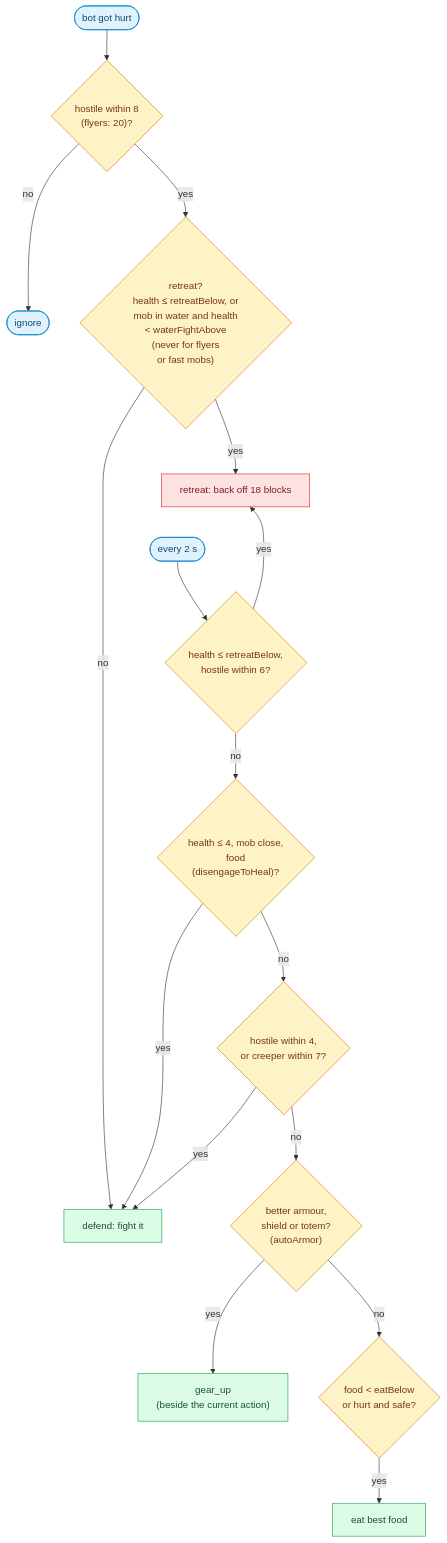
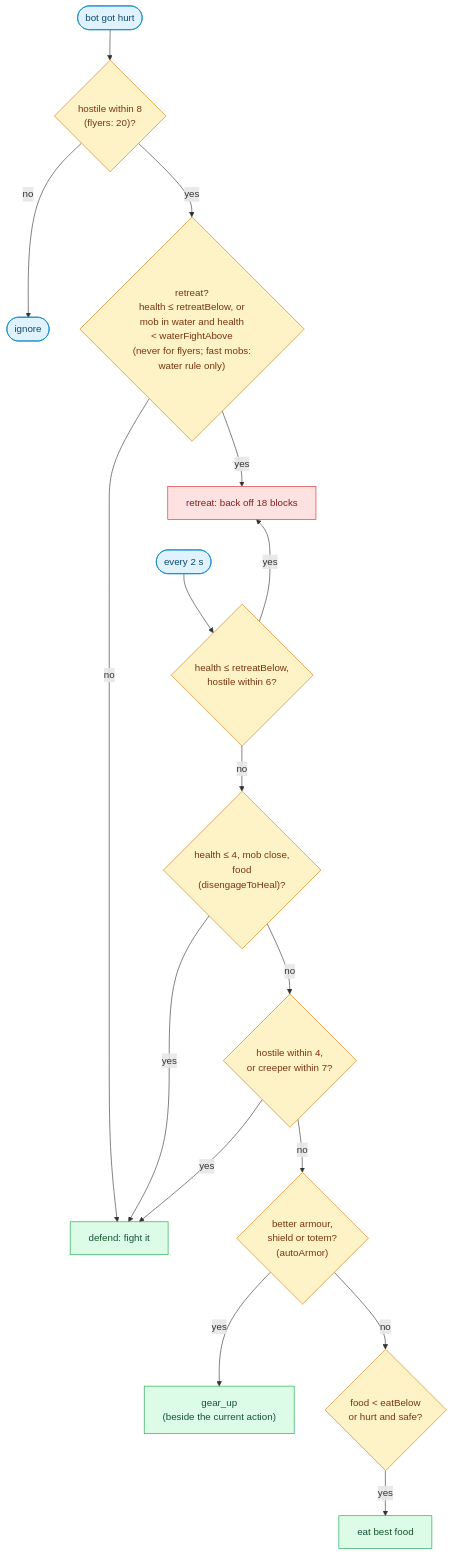
One commit to thereisnotime/golemkit changed the sixth of 6 diagrams in docs/concepts/world.md. Above: the diagram before and after it, drawn with Mermaid. The commit also changed other lines of this file and 5 other files, not shown here.

Commit message:
reflexes: totem check sees burning; fightFastMobs keeps the water retreat

````diff
--- a/docs/concepts/world.md
+++ b/docs/concepts/world.md
@@ -430,28 +431,28 @@
 ```mermaid
 flowchart TB
   H(["bot got hurt"]) --> M{"hostile within 8<br/>(flyers: 20)?"}
   M -- no --> X(["ignore"])
-  M -- yes --> R{"retreat?<br/>health ≤ retreatBelow, or<br/>mob in water and health<br/>&lt; waterFightAbove<br/>(never for flyers<br/>or fast mobs)"}
+  M -- yes --> R{"retreat?<br/>health ≤ retreatBelow, or<br/>mob in water and health<br/>&lt; waterFightAbove<br/>(never for flyers; fast mobs:<br/>water rule only)"}
   R -- yes --> RT["retreat: back off 18 blocks"]
   R -- no --> DF["defend: fight it"]
   T(["every 2 s"]) --> LR{"health ≤ retreatBelow,<br/>hostile within 6?"}
   LR -- yes --> RT
   LR -- no --> LOW{"health ≤ 4, mob close,<br/>food<br/>(disengageToHeal)?"}
   LOW -- yes --> DF
   LOW -- no --> PRE{"hostile within 4,<br/>or creeper within 7?"}
   PRE -- yes --> DF
   PRE -- no --> G{"better armour,<br/>shield or totem?<br/>(autoArmor)"}
   G -- yes --> GU["gear_up<br/>(beside the current action)"]
   G -- no --> E{"food &lt; eatBelow<br/>or hurt and safe?"}
   E -- yes --> EAT["eat best food"]
   RT ~~~ T
   classDef a fill:#e0f2fe,stroke:#0284c7,color:#0c4a6e
   classDef d fill:#fef3c7,stroke:#d97706,color:#78350f
   classDef g fill:#dcfce7,stroke:#16a34a,color:#14532d
   classDef r fill:#fee2e2,stroke:#dc2626,color:#7f1d1d
   class H,T a
   class M,R,E,LR,LOW,PRE,G d
   class DF,EAT,GU g
   class RT r
   class X a
 ```
````
